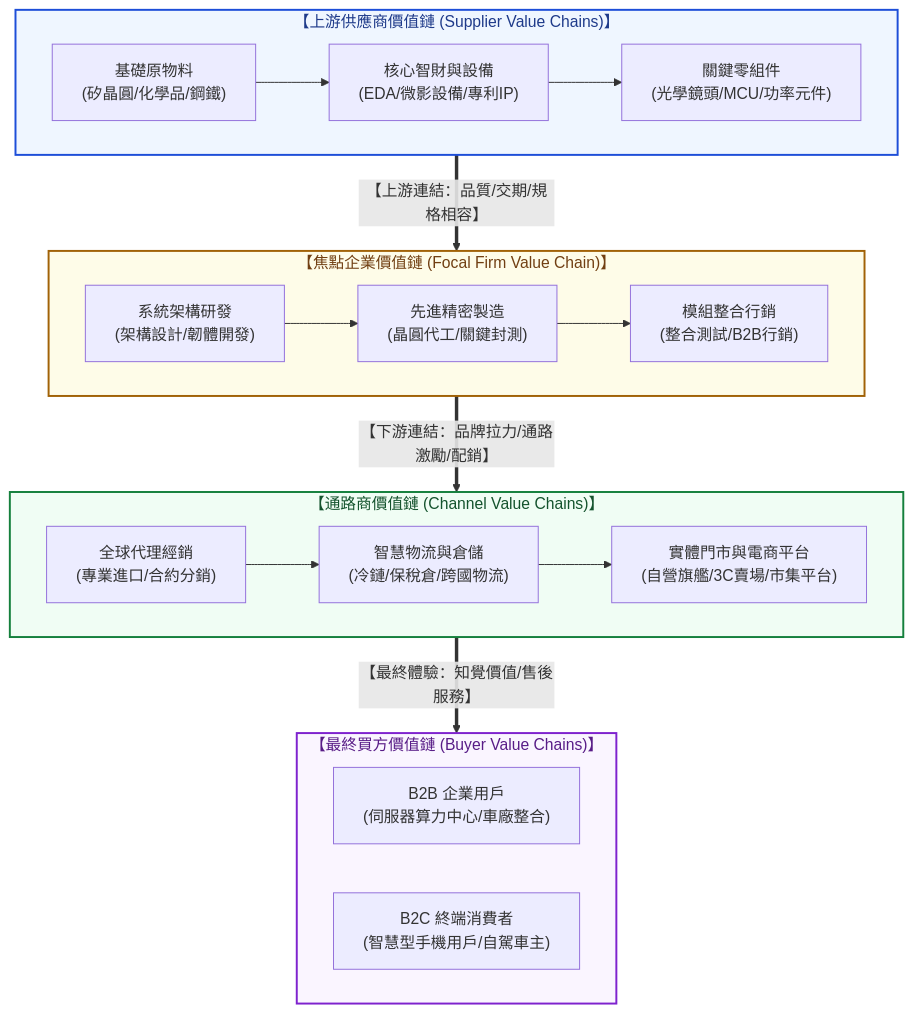
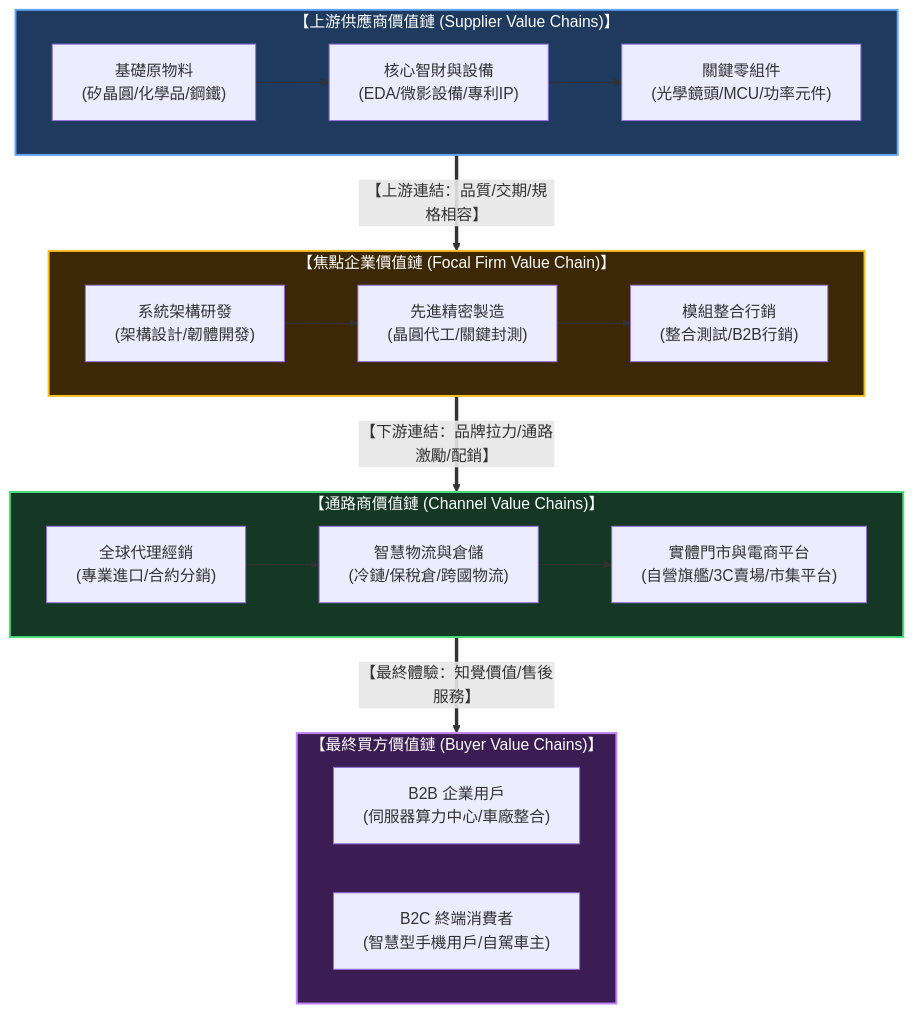
Before and after one commit to Jimlin0428/my-digital-garden: the second of 6 diagrams in src/site/notes/98_商業概念庫/value-system_產業價值體系.md, drawn with Mermaid. The commit also changed other lines of this file and 58 other files, not shown here.

````diff
--- a/src/site/notes/98_商業概念庫/value-system_產業價值體系.md
+++ b/src/site/notes/98_商業概念庫/value-system_產業價值體系.md
@@ -86,32 +79,32 @@
 ```mermaid
 flowchart TD
     subgraph Upstream ["【上游供應商價值鏈 (Supplier Value Chains)】"]
         direction LR
         S1["基礎原物料<br/>(矽晶圓/化學品/鋼鐵)"] --> S2["核心智財與設備<br/>(EDA/微影設備/專利IP)"] --> S3["關鍵零組件<br/>(光學鏡頭/MCU/功率元件)"]
     end
 
     subgraph FocalFirm ["【焦點企業價值鏈 (Focal Firm Value Chain)】"]
         direction LR
         F1["系統架構研發<br/>(架構設計/韌體開發)"] --> F2["先進精密製造<br/>(晶圓代工/關鍵封測)"] --> F3["模組整合行銷<br/>(整合測試/B2B行銷)"]
     end
 
     subgraph Channels ["【通路商價值鏈 (Channel Value Chains)】"]
         direction LR
         C1["全球代理經銷<br/>(專業進口/合約分銷)"] --> C2["智慧物流與倉儲<br/>(冷鏈/保稅倉/跨國物流)"] --> C3["實體門市與電商平台<br/>(自營旗艦/3C賣場/市集平台)"]
     end
 
     subgraph Buyers ["【最終買方價值鏈 (Buyer Value Chains)】"]
         direction LR
         B1["B2B 企業用戶<br/>(伺服器算力中心/車廠整合)"]
         B2["B2C 終端消費者<br/>(智慧型手機用戶/自駕車主)"]
     end
 
     Upstream == "【上游連結：品質/交期/規格相容】" ==> FocalFirm
     FocalFirm == "【下游連結：品牌拉力/通路激勵/配銷】" ==> Channels
     Channels == "【最終體驗：知覺價值/售後服務】" ==> Buyers
 
-    style Upstream fill:#eff6ff,stroke:#1d4ed8,stroke-width:2px,color:#1e3a8a
-    style FocalFirm fill:#fefce8,stroke:#a16207,stroke-width:2px,color:#713f12
-    style Channels fill:#f0fdf4,stroke:#15803d,stroke-width:2px,color:#14532d
-    style Buyers fill:#faf5ff,stroke:#7e22ce,stroke-width:2px,color:#581c87
+    style Upstream fill:#1e3a5f,stroke:#60a5fa,stroke-width:2px,color:#ffffff
+    style FocalFirm fill:#3d2806,stroke:#fbbf24,stroke-width:2px,color:#ffffff
+    style Channels fill:#143823,stroke:#4ade80,stroke-width:2px,color:#ffffff
+    style Buyers fill:#3b1d54,stroke:#c084fc,stroke-width:2px,color:#ffffff
 ```
````
